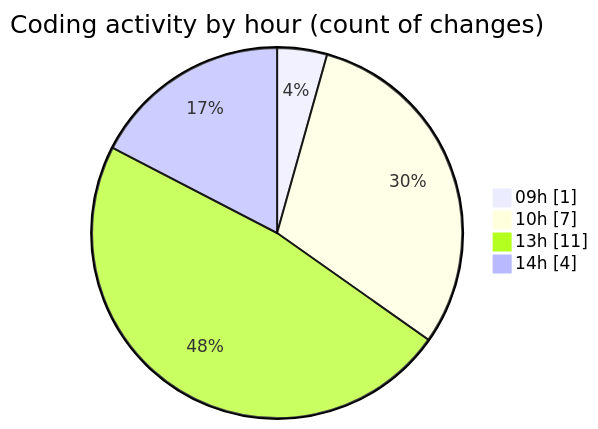
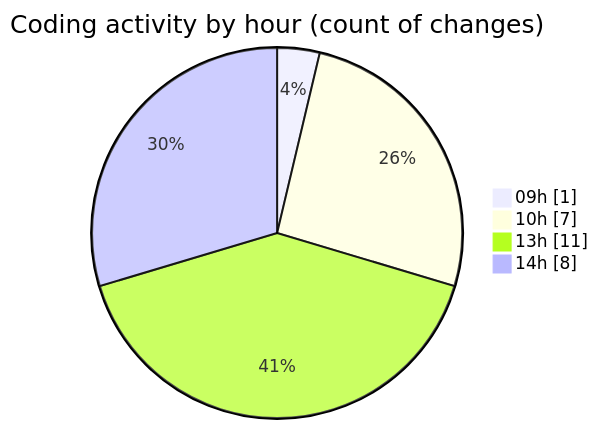
One commit to momahboobian/code-tracking changed the second of 2 diagrams in 2025-10-20/cda/README.md. Above: the diagram before and after it, drawn with Mermaid. The commit also changed other lines of this file and 1 other file, not shown here.

````diff
--- a/2025-10-20/cda/README.md
+++ b/2025-10-20/cda/README.md
@@ -38,8 +38,8 @@
 ```mermaid
 pie showData
 title Coding activity by hour (count of changes)
 "09h" : 1
 "10h" : 7
 "13h" : 11
-"14h" : 4
+"14h" : 8
 ```
````
